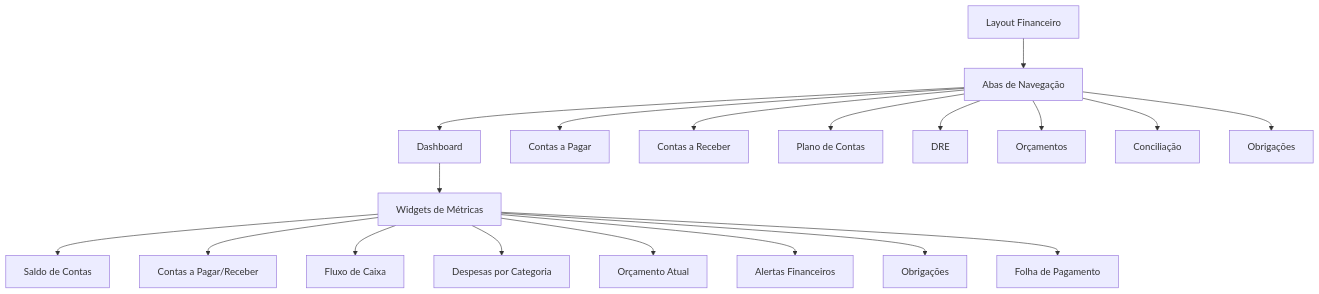
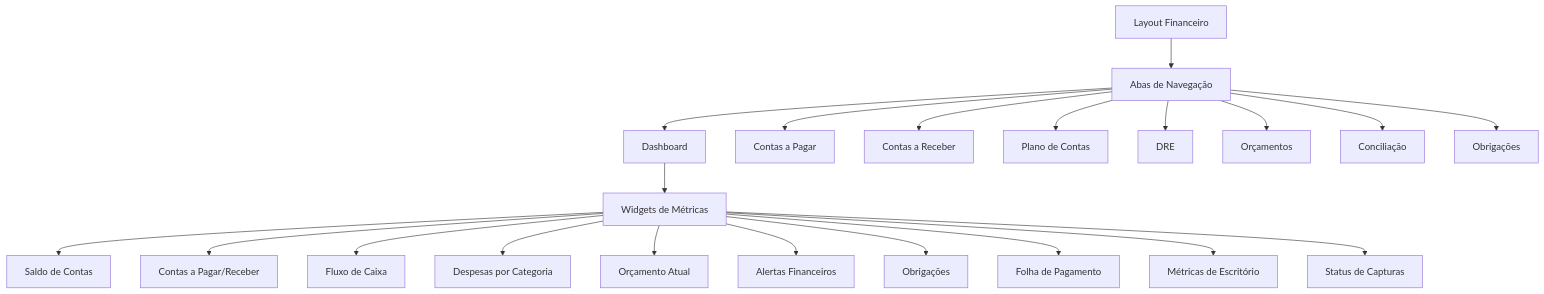
One commit to SinesysTech/zattar-os changed the first of 2 diagrams in .qoder/repowiki/pt/content/Módulos de Funcionalidade/Dashboard Financeiro.md. Above: the diagram before and after it, drawn with Mermaid. The commit also changed other lines of this file and 14 other files, not shown here.

````diff
--- a/.qoder/repowiki/pt/content/Módulos de Funcionalidade/Dashboard Financeiro.md
+++ b/.qoder/repowiki/pt/content/Módulos de Funcionalidade/Dashboard Financeiro.md
@@ -37,21 +53,23 @@
 ```mermaid
 graph TD
 A[Layout Financeiro] --> B[Abas de Navegação]
 B --> C[Dashboard]
 B --> D[Contas a Pagar]
 B --> E[Contas a Receber]
 B --> F[Plano de Contas]
 B --> G[DRE]
 B --> H[Orçamentos]
 B --> I[Conciliação]
 B --> J[Obrigações]
 C --> K[Widgets de Métricas]
 K --> L[Saldo de Contas]
 K --> M[Contas a Pagar/Receber]
 K --> N[Fluxo de Caixa]
 K --> O[Despesas por Categoria]
 K --> P[Orçamento Atual]
 K --> Q[Alertas Financeiros]
 K --> R[Obrigações]
 K --> S[Folha de Pagamento]
+K --> T[Métricas de Escritório]
+K --> U[Status de Capturas]
 ```
````
